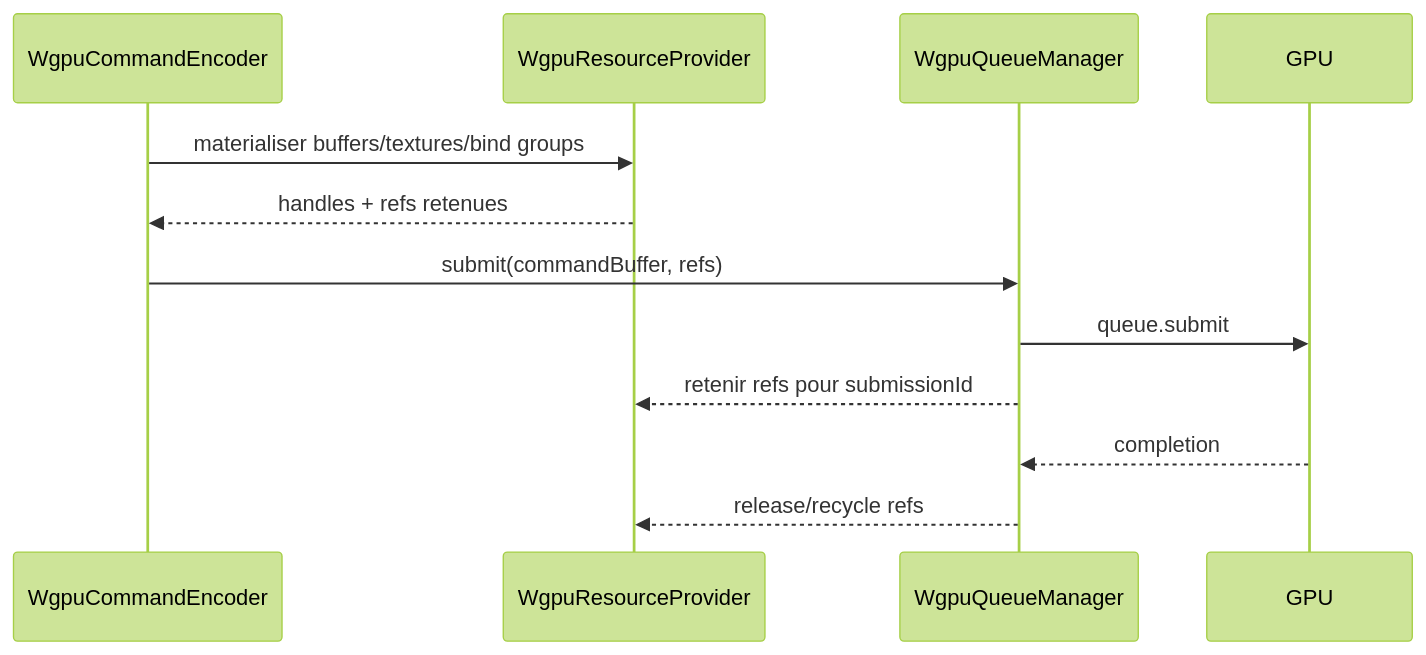
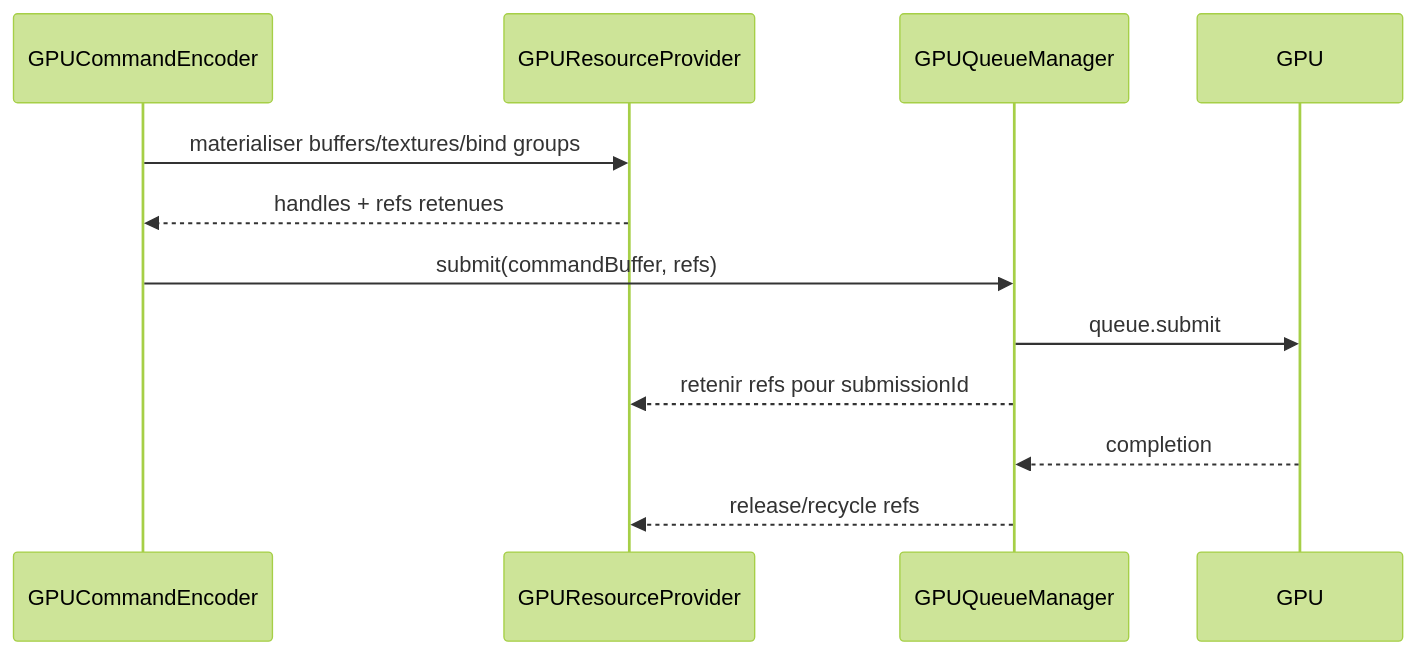
The fifth of 8 diagrams in refactor/06-diagrams.md (ygdrasil-io/kanvas), drawn with Mermaid (forest theme) before and after one commit. The commit also changed other lines of this file and 7 other files, not shown here.

````diff
--- a/refactor/06-diagrams.md
+++ b/refactor/06-diagrams.md
@@ -117,15 +117,15 @@
 ```mermaid
 sequenceDiagram
-    participant Encoder as WgpuCommandEncoder
-    participant Provider as WgpuResourceProvider
-    participant Queue as WgpuQueueManager
+    participant Encoder as GPUCommandEncoder
+    participant Provider as GPUResourceProvider
+    participant Queue as GPUQueueManager
     participant GPU as GPU
 
     Encoder->>Provider: materialiser buffers/textures/bind groups
     Provider-->>Encoder: handles + refs retenues
     Encoder->>Queue: submit(commandBuffer, refs)
     Queue->>GPU: queue.submit
     Queue-->>Provider: retenir refs pour submissionId
     GPU-->>Queue: completion
     Queue-->>Provider: release/recycle refs
 ```
````
